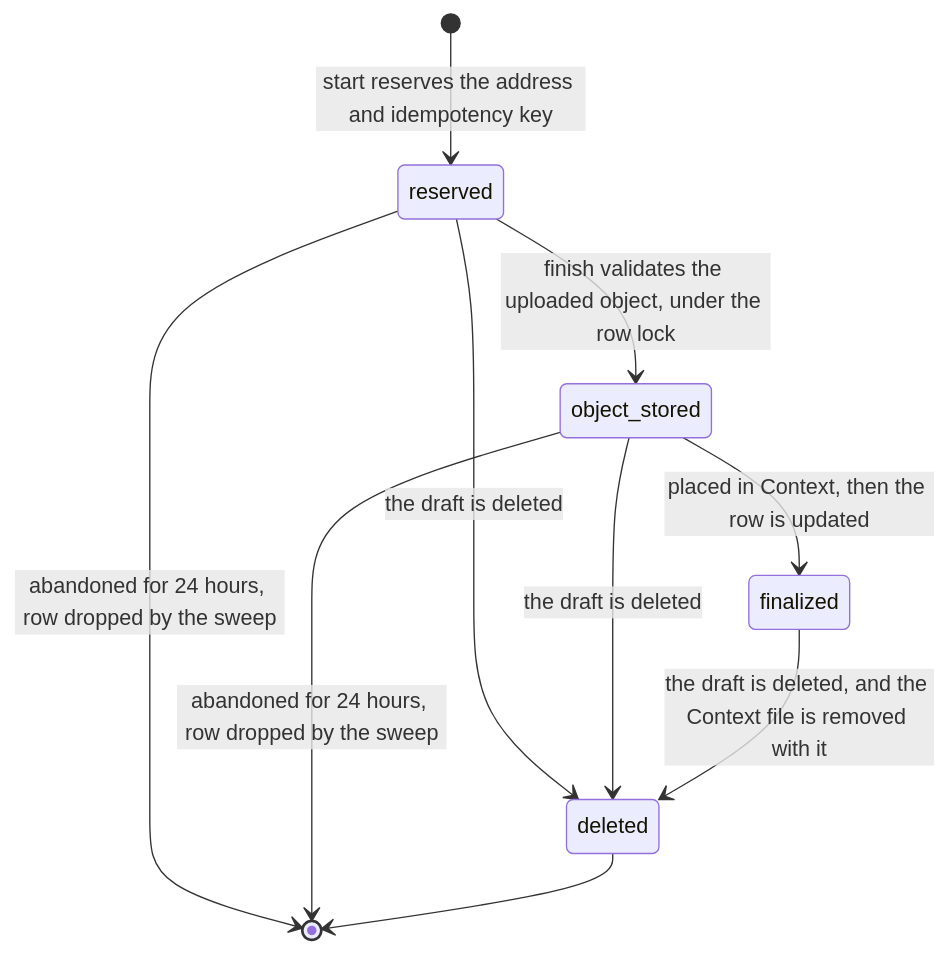
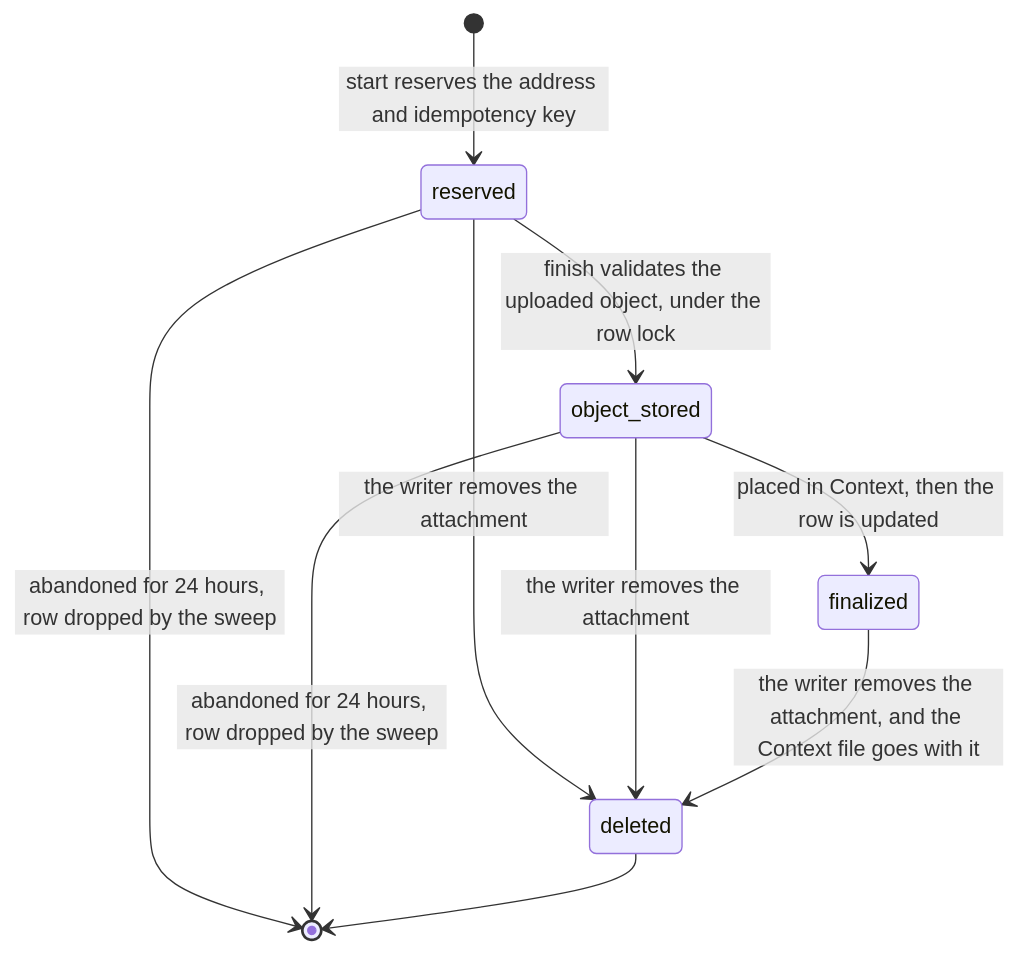
The diagram in apps/server/server/domains/context/uploads/.context/state-machines.md (haowjy/meridian-flow), drawn with Mermaid before and after one commit. The commit also changed other lines of this file and 27 other files, not shown here.

````diff
--- a/apps/server/server/domains/context/uploads/.context/state-machines.md
+++ b/apps/server/server/domains/context/uploads/.context/state-machines.md
@@ -7,12 +8,12 @@
 ```mermaid
 stateDiagram-v2
   [*] --> reserved: start reserves the address and idempotency key
   reserved --> object_stored: finish validates the uploaded object, under the row lock
   object_stored --> finalized: placed in Context, then the row is updated
-  reserved --> deleted: the draft is deleted
-  object_stored --> deleted: the draft is deleted
-  finalized --> deleted: the draft is deleted, and the Context file is removed with it
+  reserved --> deleted: the writer removes the attachment
+  object_stored --> deleted: the writer removes the attachment
+  finalized --> deleted: the writer removes the attachment, and the Context file goes with it
   reserved --> [*]: abandoned for 24 hours, row dropped by the sweep
   object_stored --> [*]: abandoned for 24 hours, row dropped by the sweep
   deleted --> [*]
 ```
````
